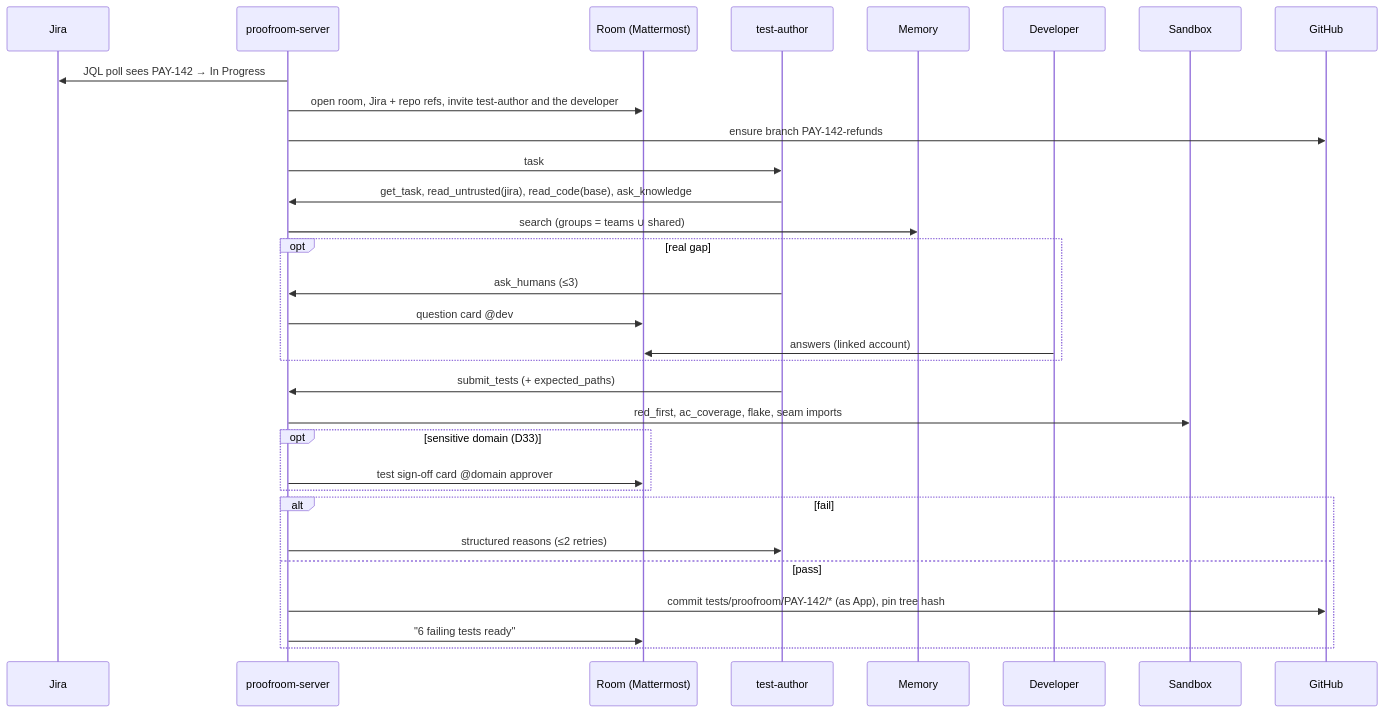
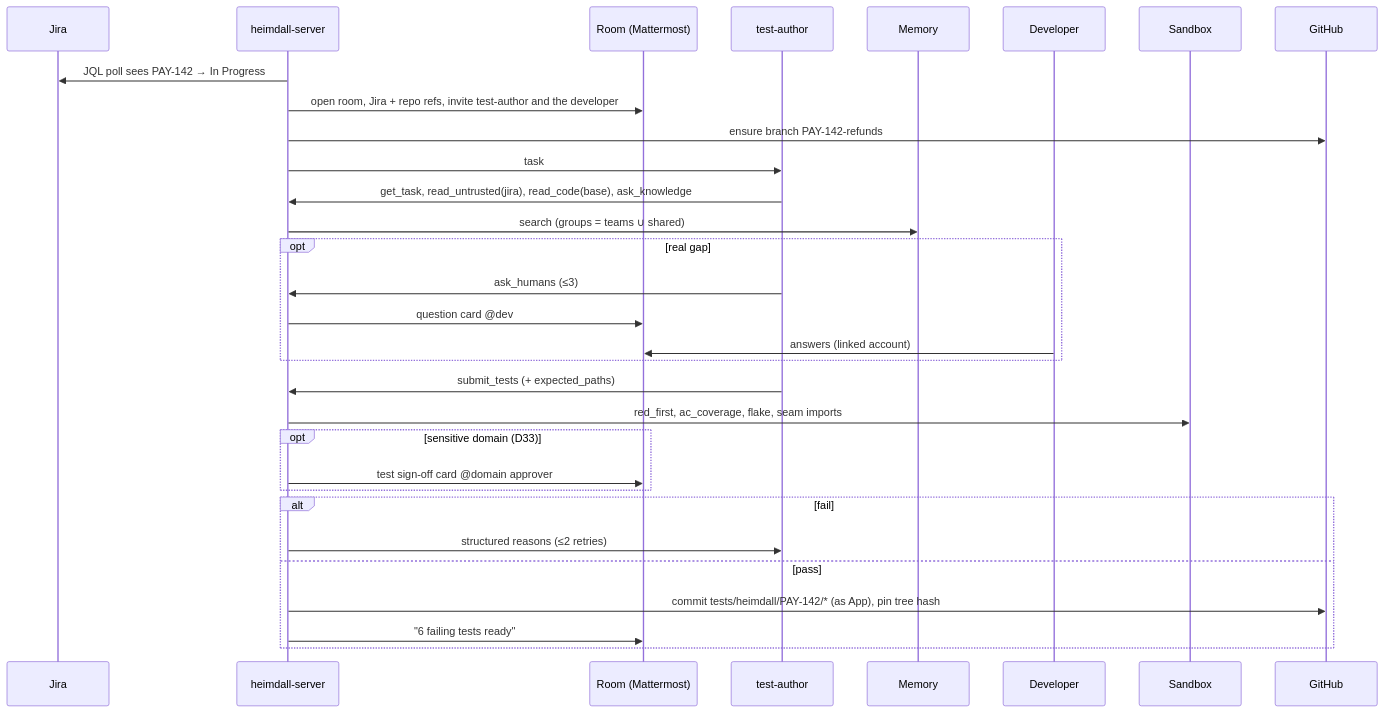
One commit to prathameshk421/Heimdall changed the second of 3 diagrams in docs/TECH_SPEC.md. Above: the diagram before and after it, drawn with Mermaid. The commit also changed other lines of this file and 10 other files, not shown here.

````diff
--- a/docs/TECH_SPEC.md
+++ b/docs/TECH_SPEC.md
@@ -509,33 +527,33 @@
 ```mermaid
 sequenceDiagram
   participant J as Jira
-  participant P as proofroom-server
+  participant P as heimdall-server
   participant R as Room (Mattermost)
   participant T as test-author
   participant M as Memory
   participant D as Developer
   participant S as Sandbox
   participant G as GitHub
   P->>J: JQL poll sees PAY-142 → In Progress
   P->>R: open room, Jira + repo refs, invite test-author and the developer
   P->>G: ensure branch PAY-142-refunds
   P->>T: task
   T->>P: get_task, read_untrusted(jira), read_code(base), ask_knowledge
   P->>M: search (groups = teams ∪ shared)
   opt real gap
     T->>P: ask_humans (≤3)
     P->>R: question card @dev
     D->>R: answers (linked account)
   end
   T->>P: submit_tests (+ expected_paths)
   P->>S: red_first, ac_coverage, flake, seam imports
   opt sensitive domain (D33)
     P->>R: test sign-off card @domain approver
   end
   alt fail
     P->>T: structured reasons (≤2 retries)
   else pass
-    P->>G: commit tests/proofroom/PAY-142/* (as App), pin tree hash
+    P->>G: commit tests/heimdall/PAY-142/* (as App), pin tree hash
     P->>R: "6 failing tests ready"
   end
 ```
````
